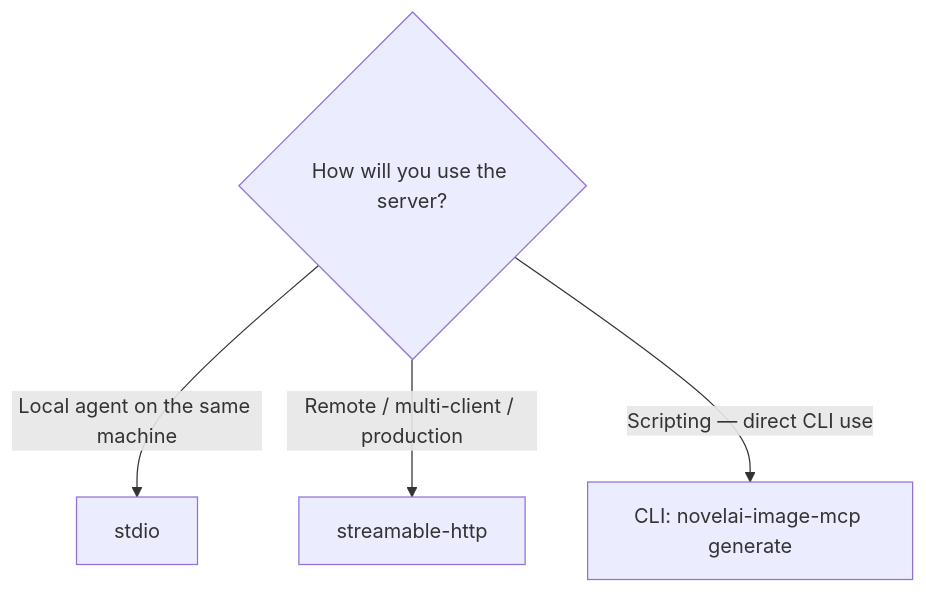
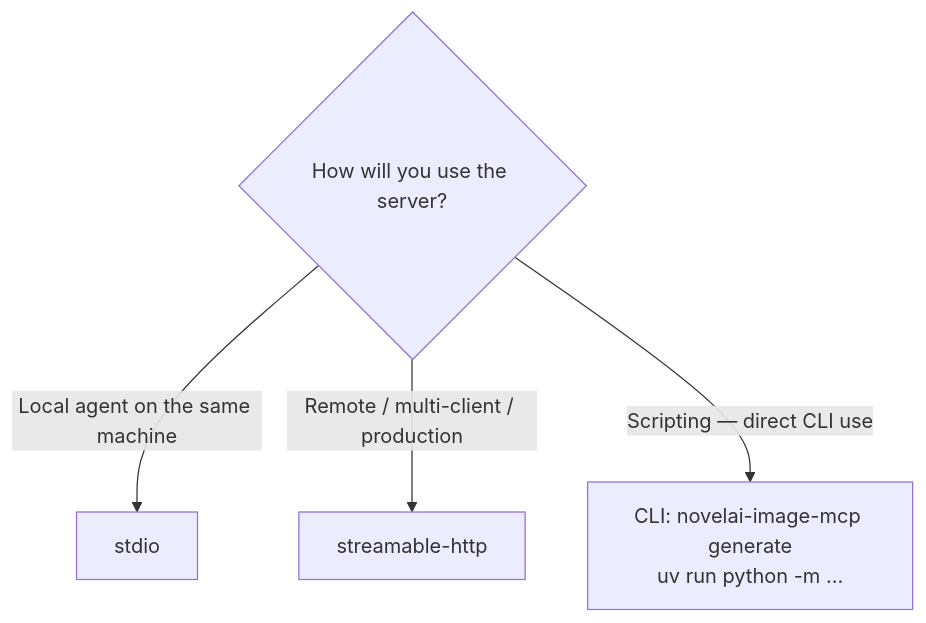
One commit to xinvxueyuan/NovelAI-Image-MCP changed the diagram in apps/docs/source/transports/index.md. Above: the diagram before and after it, drawn with Mermaid. The commit also changed 10 other files, not shown here.

````diff
--- a/apps/docs/source/transports/index.md
+++ b/apps/docs/source/transports/index.md
@@ -13,7 +13,7 @@
 ```{mermaid}
 graph TD
     Q{How will you use the server?}
     Q -->|Local agent on the same machine| A[stdio]
     Q -->|Remote / multi-client / production| B[streamable-http]
-    Q -->|Scripting — direct CLI use| C[CLI: novelai-image-mcp generate]
+    Q -->|Scripting — direct CLI use| C[CLI: novelai-image-mcp generate<br/>uv run python -m ...]
 ```
````
